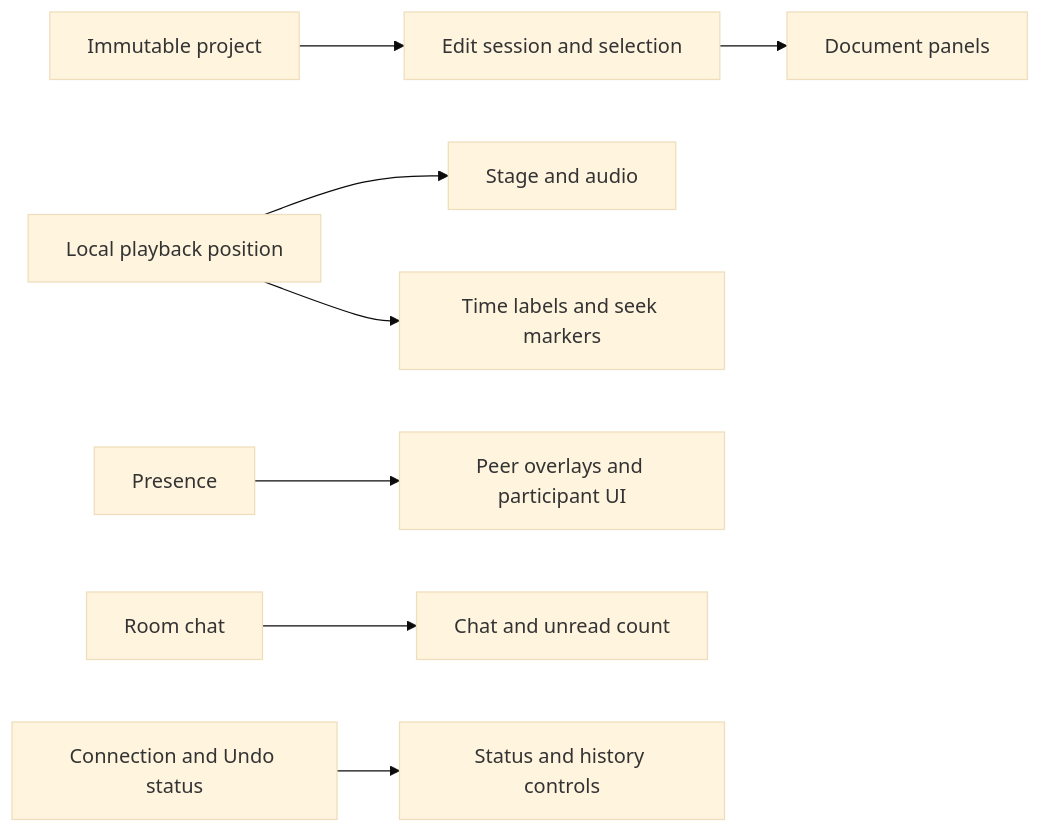
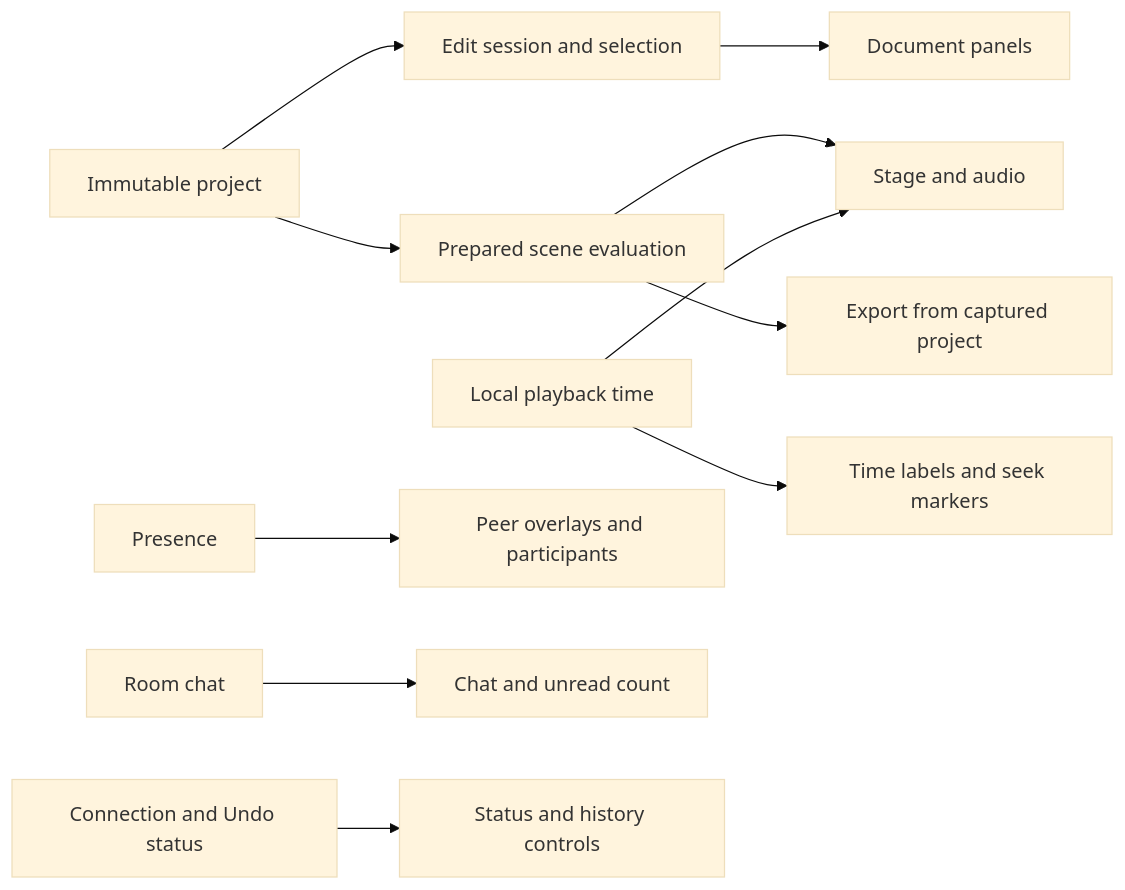
One commit to Poietra/poietra changed the diagram in README.md. Above: the diagram before and after it, drawn with Mermaid (base theme). The commit also changed other lines of this file and 2 other files, not shown here.

````diff
--- a/README.md
+++ b/README.md
@@ -299,10 +139,13 @@
 ```mermaid
 flowchart LR
   document[Immutable project] --> session[Edit session and selection]
   session --> panels[Document panels]
-  clock[Local playback position] --> frame[Stage and audio]
+  document --> prepared[Prepared scene evaluation]
+  prepared --> preview[Stage and audio]
+  prepared --> export[Export from captured project]
+  clock[Local playback time] --> preview
   clock --> indicators[Time labels and seek markers]
-  awareness[Presence] --> people[Peer overlays and participant UI]
+  presence[Presence] --> people[Peer overlays and participants]
   chat[Room chat] --> aside[Chat and unread count]
-  status[Connection and Undo status] --> header[Status and history controls]
+  status[Connection and Undo status] --> controls[Status and history controls]
 ```
````
